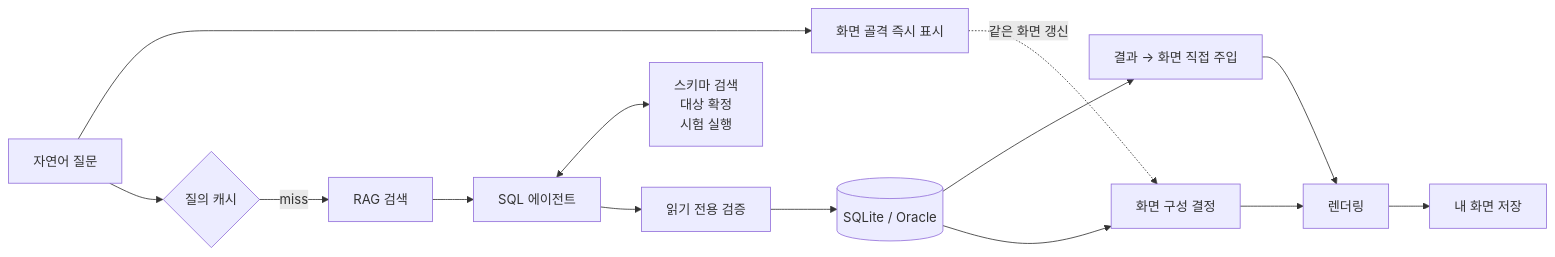
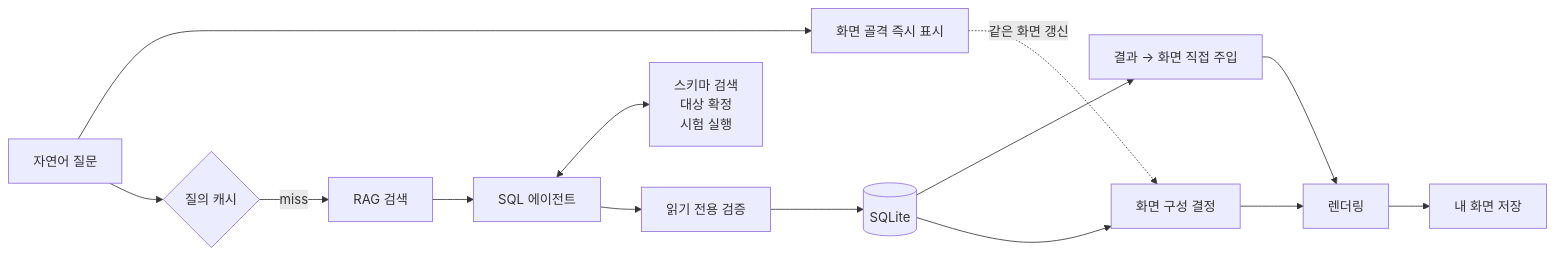
One commit to velopten/QueryCanvas changed the diagram in README.md. Above: the diagram before and after it, drawn with Mermaid. The commit also changed other lines of this file and 20 other files, not shown here.

First line of the commit message:
refactor(db): SQLite 단일 백엔드로 정리 — Oracle 경로 제거

````diff
--- a/README.md
+++ b/README.md
@@ -34,16 +34,16 @@
 ```mermaid
 flowchart LR
     Q["자연어 질문"] --> SKEL["화면 골격 즉시 표시"]
     Q --> CACHE{"질의 캐시"}
     CACHE -- miss --> RAG["RAG 검색"]
     RAG --> AGENT["SQL 에이전트"]
     AGENT <--> TOOLS["스키마 검색<br/>대상 확정<br/>시험 실행"]
     AGENT --> GUARD["읽기 전용 검증"]
-    GUARD --> DB[("SQLite / Oracle")]
+    GUARD --> DB[("SQLite")]
     DB --> ROWS["결과 → 화면 직접 주입"]
     DB --> UI["화면 구성 결정"]
     SKEL -.같은 화면 갱신.-> UI
     UI --> FE["렌더링"]
     ROWS --> FE
     FE --> SAVE["내 화면 저장"]
 ```
````
